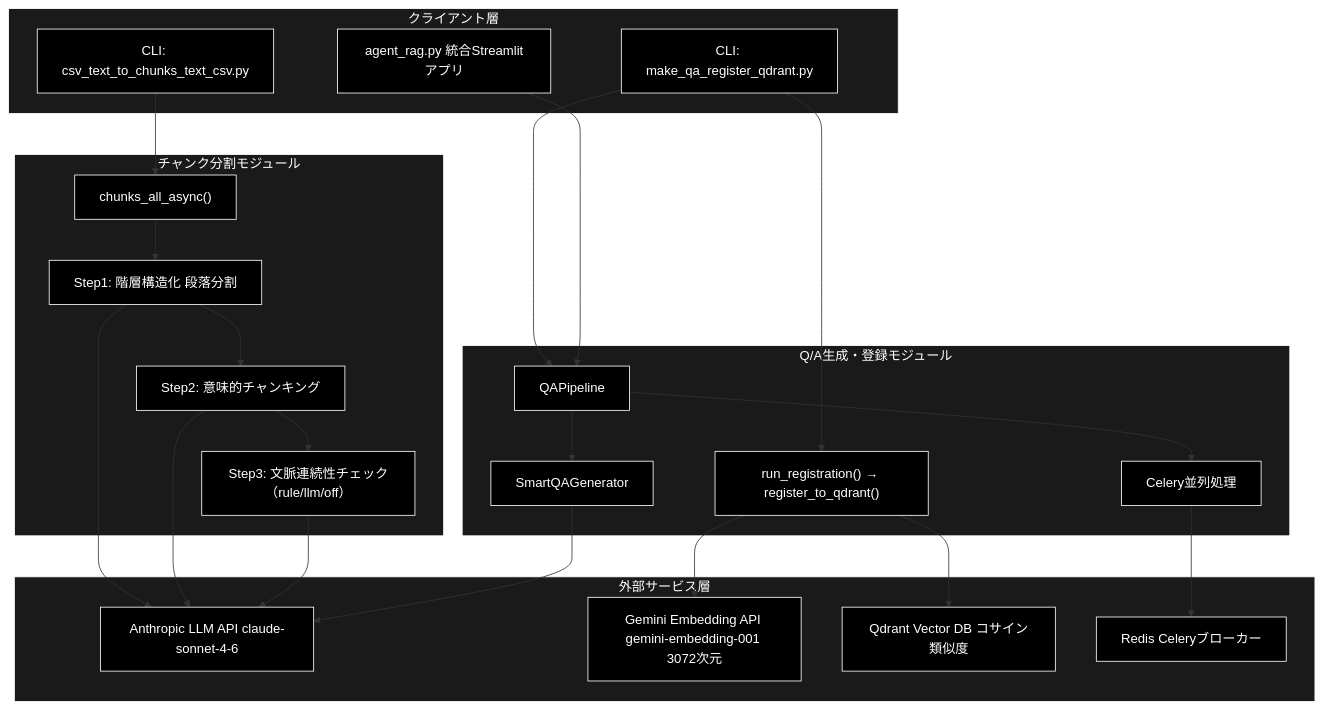
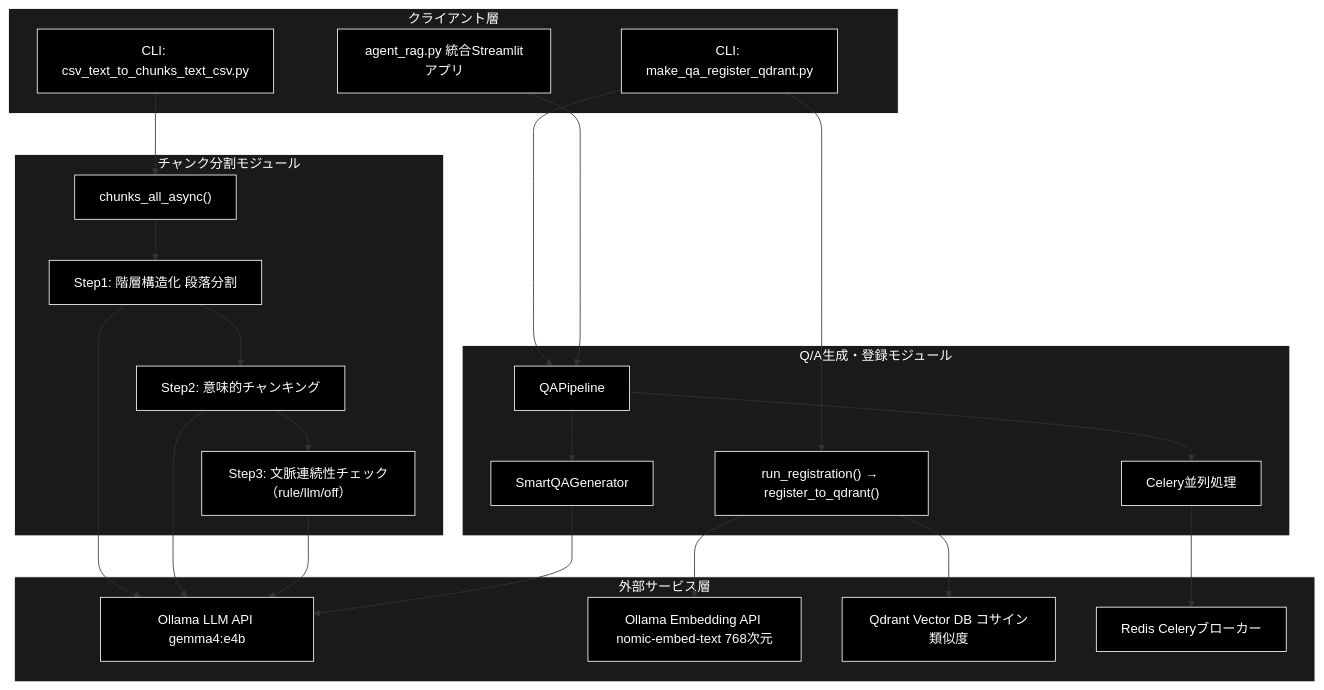
Before and after one commit to nakashima2toshio/ollama_grace_agent_v2: the first of 5 diagrams in readme_rag.md, drawn with Mermaid. The commit also changed other lines of this file and 5 other files, not shown here.

First line of the commit message:
docs(readme): Ollama ネイティブ化（README*.md の Anthropic/Gemini/OpenAI 表記を統一）

````diff
--- a/readme_rag.md
+++ b/readme_rag.md
@@ -86,50 +86,50 @@
 ```mermaid
 flowchart TB
     subgraph CLIENT["クライアント層"]
         APP["agent_rag.py 統合Streamlitアプリ"]
         CLI_CHUNK["CLI: csv_text_to_chunks_text_csv.py"]
         CLI_QA["CLI: make_qa_register_qdrant.py"]
     end
 
     subgraph CHUNKING["チャンク分割モジュール"]
         CHUNK_MAIN["chunks_all_async()"]
         STEP1["Step1: 階層構造化 段落分割"]
         STEP2["Step2: 意味的チャンキング"]
         STEP3["Step3: 文脈連続性チェック（rule/llm/off）"]
     end
 
     subgraph QA_PIPELINE["Q/A生成・登録モジュール"]
         PIPELINE["QAPipeline"]
         SMART_QA["SmartQAGenerator"]
         CELERY["Celery並列処理"]
         REG["run_registration() → register_to_qdrant()"]
     end
 
     subgraph EXTERNAL["外部サービス層"]
-        ANTHROPIC_LLM["Anthropic LLM API claude-sonnet-4-6"]
-        GEMINI_EMB["Gemini Embedding API gemini-embedding-001 3072次元"]
+        ANTHROPIC_LLM["Ollama LLM API gemma4:e4b"]
+        GEMINI_EMB["Ollama Embedding API nomic-embed-text 768次元"]
         QDRANT["Qdrant Vector DB コサイン類似度"]
         REDIS["Redis Celeryブローカー"]
     end
 
     CLI_CHUNK --> CHUNK_MAIN
     CHUNK_MAIN --> STEP1 --> STEP2 --> STEP3
     STEP1 --> ANTHROPIC_LLM
     STEP2 --> ANTHROPIC_LLM
     STEP3 --> ANTHROPIC_LLM
 
     CLI_QA --> PIPELINE
     APP --> PIPELINE
     PIPELINE --> SMART_QA --> ANTHROPIC_LLM
     PIPELINE --> CELERY --> REDIS
     CLI_QA --> REG
     REG --> GEMINI_EMB
     REG --> QDRANT
 classDef default fill:#000,stroke:#fff,color:#fff
 classDef subgraphStyle fill:#1a1a1a,stroke:#fff,color:#fff
 class APP,CLI_CHUNK,CLI_QA,CHUNK_MAIN,STEP1,STEP2,STEP3,PIPELINE,SMART_QA,CELERY,REG,ANTHROPIC_LLM,GEMINI_EMB,QDRANT,REDIS default
 style CLIENT fill:#1a1a1a,stroke:#fff,color:#fff
 style CHUNKING fill:#1a1a1a,stroke:#fff,color:#fff
 style QA_PIPELINE fill:#1a1a1a,stroke:#fff,color:#fff
 style EXTERNAL fill:#1a1a1a,stroke:#fff,color:#fff
 ```
````
